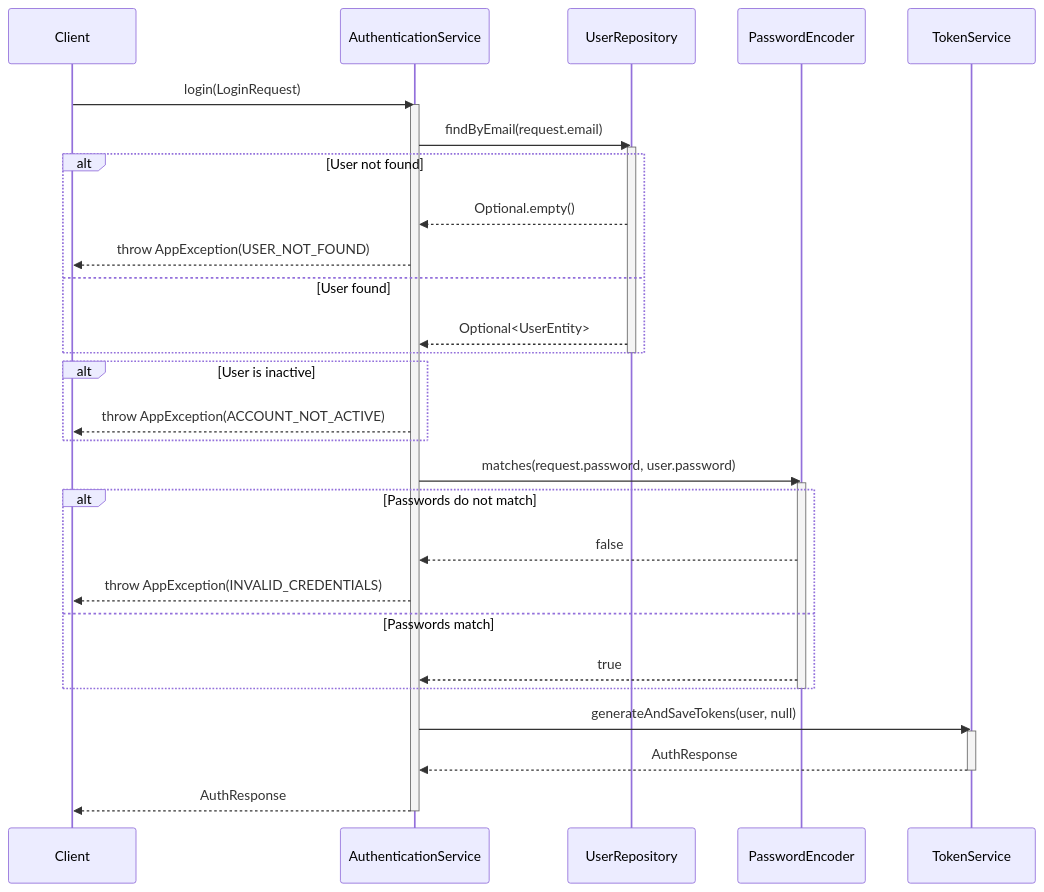
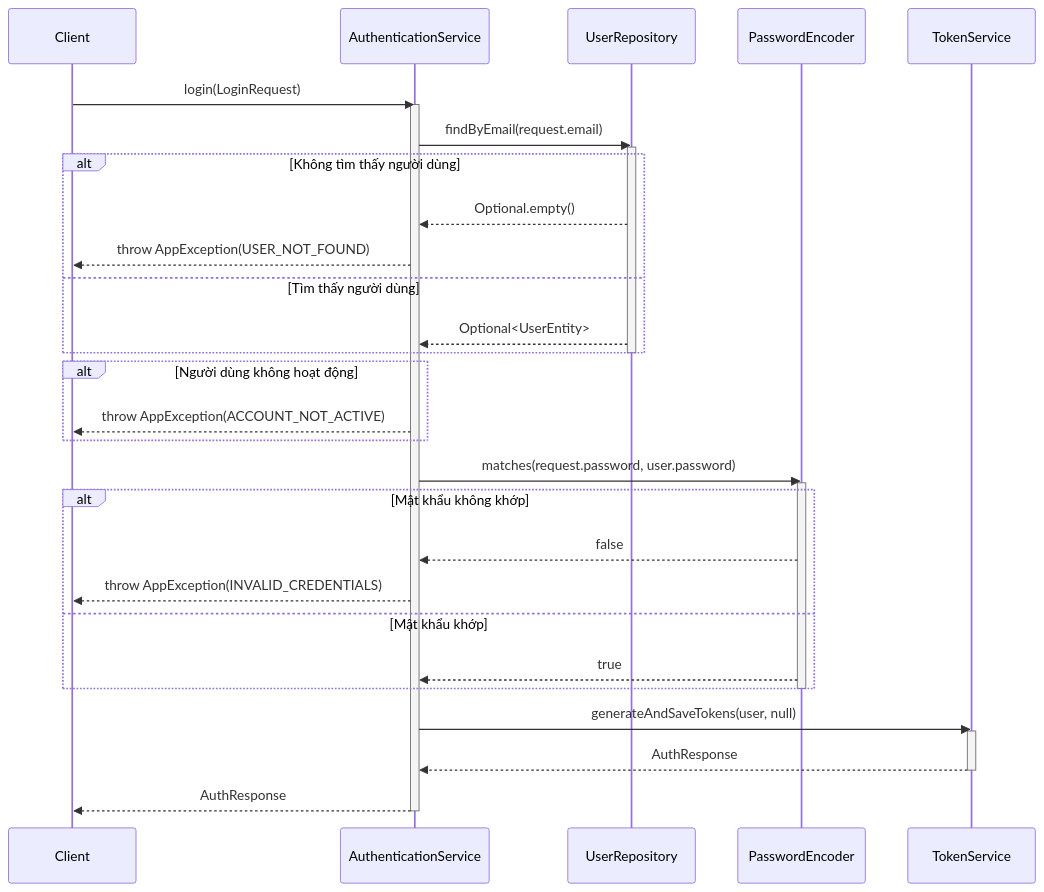
Before and after one commit to aquoc09/easymall: the first of 10 diagrams in .agent/sequence/auth_services_sequence_diagrams.md, drawn with Mermaid. The commit also changed other lines of this file and 18 other files, not shown here.

Commit message:
UPDATE: Sequence diagram vietnamese

````diff
--- a/.agent/sequence/auth_services_sequence_diagrams.md
+++ b/.agent/sequence/auth_services_sequence_diagrams.md
@@ -11,43 +11,43 @@
 ```mermaid
 sequenceDiagram
     participant Client
     participant AuthenticationService
     participant UserRepository
     participant PasswordEncoder
     participant TokenService
 
     Client->>AuthenticationService: login(LoginRequest)
     activate AuthenticationService
 
     AuthenticationService->>UserRepository: findByEmail(request.email)
     activate UserRepository
-    alt User not found
+    alt Không tìm thấy người dùng
         UserRepository-->>AuthenticationService: Optional.empty()
         AuthenticationService-->>Client: throw AppException(USER_NOT_FOUND)
-    else User found
+    else Tìm thấy người dùng
         UserRepository-->>AuthenticationService: Optional<UserEntity>
     end
     deactivate UserRepository
 
-    alt User is inactive
+    alt Người dùng không hoạt động
         AuthenticationService-->>Client: throw AppException(ACCOUNT_NOT_ACTIVE)
     end
 
     AuthenticationService->>PasswordEncoder: matches(request.password, user.password)
     activate PasswordEncoder
-    alt Passwords do not match
+    alt Mật khẩu không khớp
         PasswordEncoder-->>AuthenticationService: false
         AuthenticationService-->>Client: throw AppException(INVALID_CREDENTIALS)
-    else Passwords match
+    else Mật khẩu khớp
         PasswordEncoder-->>AuthenticationService: true
     end
     deactivate PasswordEncoder
 
     AuthenticationService->>TokenService: generateAndSaveTokens(user, null)
     activate TokenService
     TokenService-->>AuthenticationService: AuthResponse
     deactivate TokenService
 
     AuthenticationService-->>Client: AuthResponse
     deactivate AuthenticationService
 ```
````
